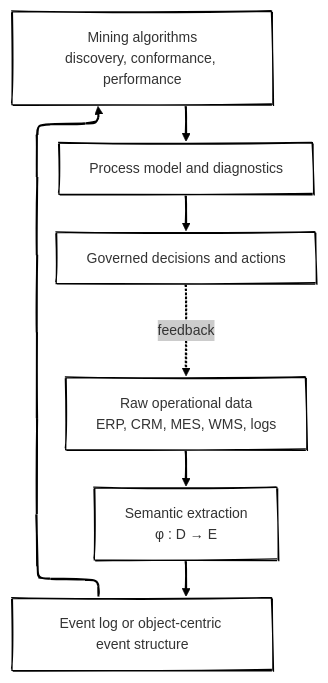
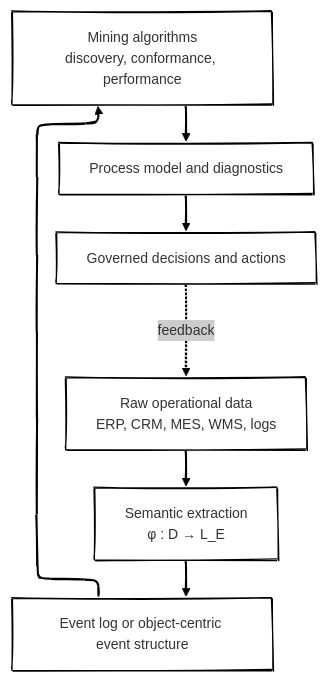
Before and after one commit to antomon/antomon.github.io: the first of 15 diagrams in longforms/process-mining-as-computational-process-intelligence/index.qmd, drawn with Mermaid. The commit also changed other lines of this file and 20 other files, not shown here.

````diff
--- a/longforms/process-mining-as-computational-process-intelligence/index.qmd
+++ b/longforms/process-mining-as-computational-process-intelligence/index.qmd
@@ -18,15 +18,15 @@
 ```{mermaid}
 %%| label: fig-process-mining-evidence-pipeline
 %%| fig-cap: Process mining as an evidence pipeline. Raw operational data from enterprise systems are transformed into event logs or object-centric event structures, analyzed through process-mining algorithms, converted into diagnostics, and used to support governed decisions and actions.
 %%| fig-alt: Flowchart showing raw operational data from ERP, CRM, MES, WMS, and logs transformed by semantic extraction into an event log or object-centric event structure. Mining algorithms produce process models and diagnostics, which support governed decisions and actions. A feedback arrow returns to raw operational data.
 %%| fig-align: center
 %%{init: {"theme": "neo", "look": "handDrawn", "layout": "elk"}}%%
 
 flowchart TD
-  D["Raw operational data<br/>ERP, CRM, MES, WMS, logs"] --> PHI["Semantic extraction<br/>φ : D → E"]
+  D["Raw operational data<br/>ERP, CRM, MES, WMS, logs"] --> PHI["Semantic extraction<br/>φ : D → L_E"]
   PHI --> E["Event log or object-centric event structure"]
   E --> A["Mining algorithms<br/>discovery, conformance, performance"]
   A --> I["Process model and diagnostics"]
   I --> G["Governed decisions and actions"]
   G -. feedback .-> D
 ```
````
